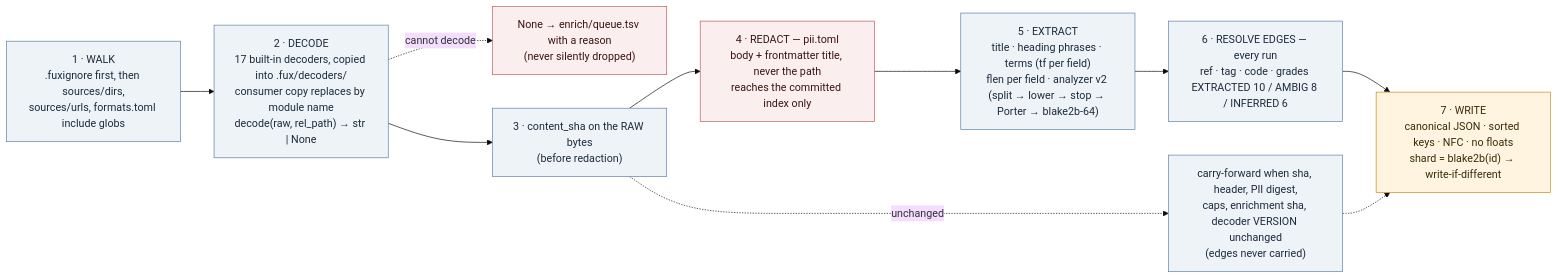
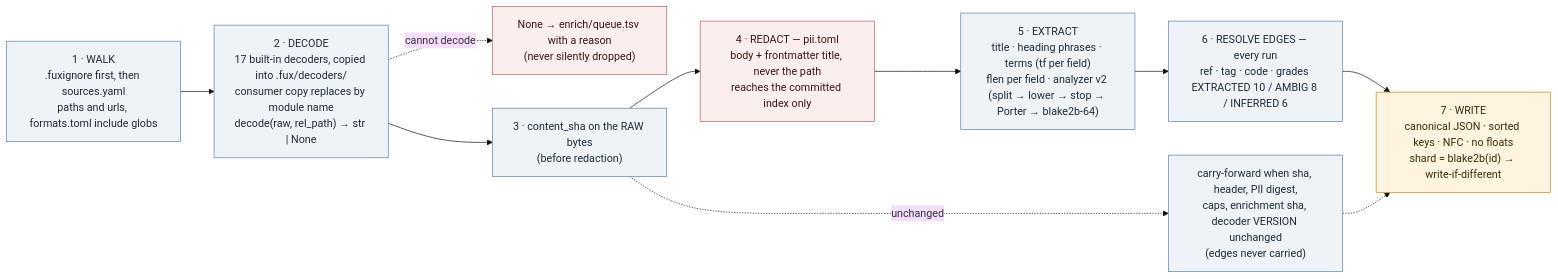
Before and after one commit to arpitarya/fux: the diagram in docs/paper/figures/src/fig-03-ingest.mmd, drawn with Mermaid (base theme). The commit also changed 249 other files, not shown here.

First line of the commit message:
feat(w294): one .fux/sources.yaml; .fuxignore the only exclusion

```diff
--- a/docs/paper/figures/src/fig-03-ingest.mmd
+++ b/docs/paper/figures/src/fig-03-ingest.mmd
@@ -1,16 +1,16 @@
 flowchart LR
   classDef step fill:#eef3f8,stroke:#5b7fa6,color:#1c2b3a
   classDef gate fill:#fbeeee,stroke:#b85c5c,color:#3a1414
   classDef out fill:#fff4e0,stroke:#c98a1b,color:#3a2a08
-  W["1 · WALK<br/>.fuxignore first, then sources/dirs,<br/>sources/urls, formats.toml include globs"]:::step
+  W["1 · WALK<br/>.fuxignore first, then sources.yaml<br/>paths and urls, formats.toml include globs"]:::step
   D["2 · DECODE<br/>17 built-in decoders, copied into .fux/decoders/<br/>consumer copy replaces by module name<br/>decode(raw, rel_path) → str | None"]:::step
   Q["None → enrich/queue.tsv with a reason<br/>(never silently dropped)"]:::gate
   H["3 · content_sha on the RAW bytes<br/>(before redaction)"]:::step
   R["4 · REDACT — pii.toml<br/>body + frontmatter title, never the path<br/>reaches the committed index only"]:::gate
   X["5 · EXTRACT<br/>title · heading phrases · terms (tf per field)<br/>flen per field · analyzer v2 (split → lower → stop → Porter → blake2b-64)"]:::step
   E["6 · RESOLVE EDGES — every run<br/>ref · tag · code · grades EXTRACTED 10 / AMBIG 8 / INFERRED 6"]:::step
   O["7 · WRITE<br/>canonical JSON · sorted keys · NFC · no floats<br/>shard = blake2b(id) → write-if-different"]:::out
   CF["carry-forward when sha, header, PII digest,<br/>caps, enrichment sha, decoder VERSION unchanged<br/>(edges never carried)"]:::step
   W --> D --> H --> R --> X --> E --> O
   D -. "cannot decode" .-> Q
   H -. "unchanged" .-> CF -.-> O
```
